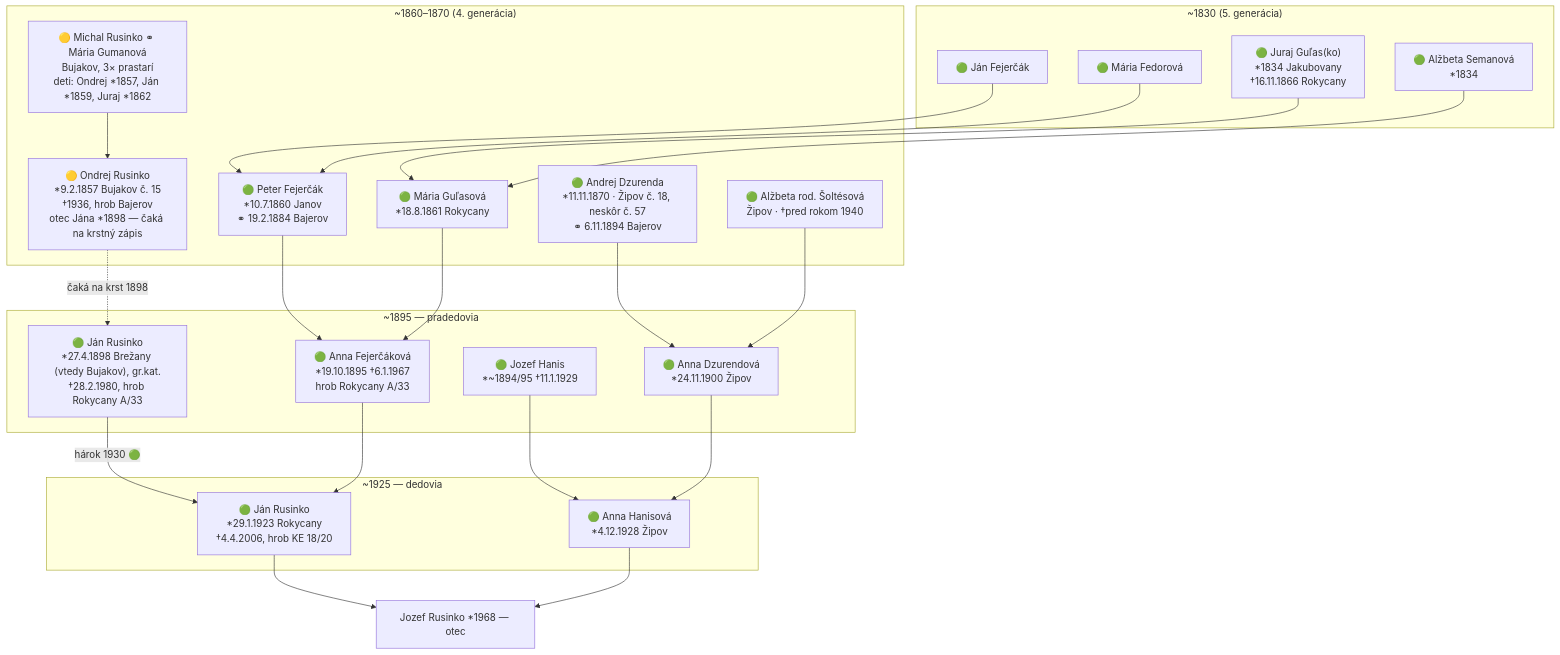
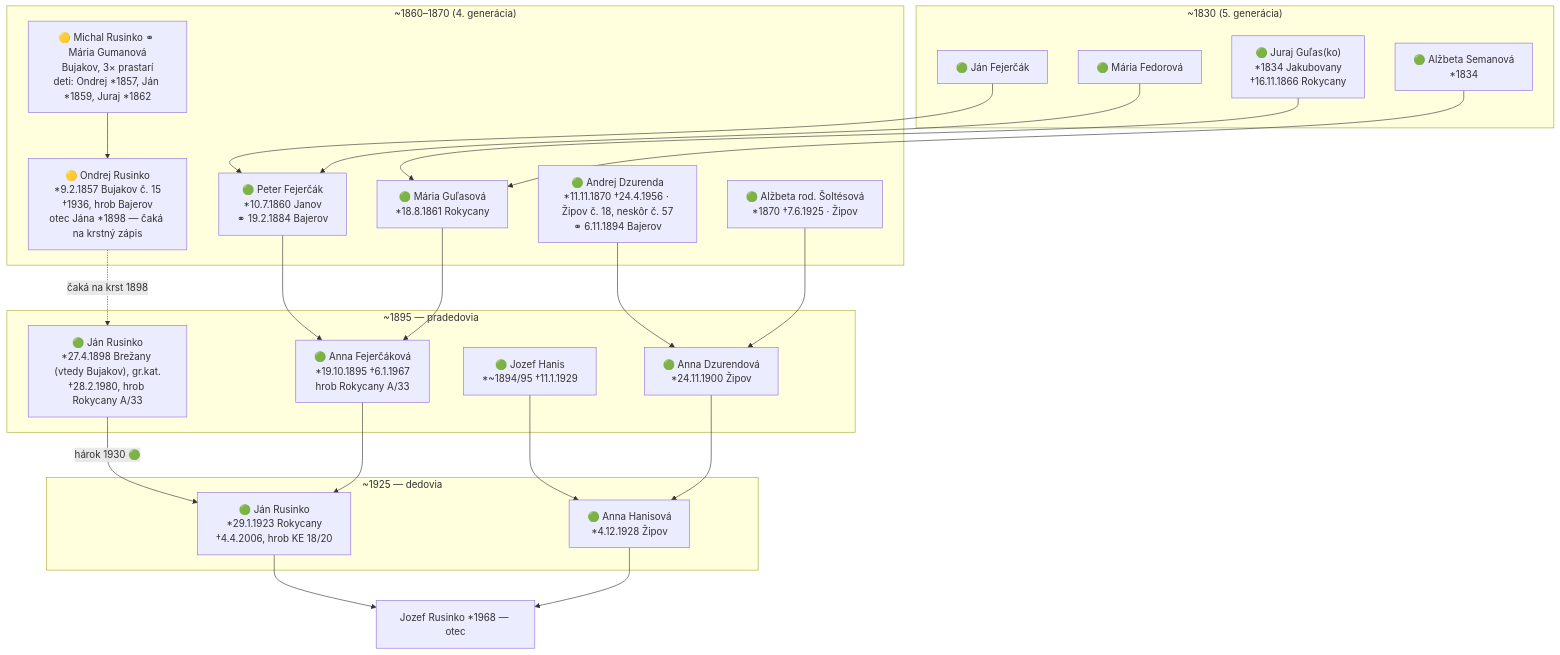
The first of 7 diagrams in docs/rodokmen.md (vrusi/genealogia), drawn with Mermaid before and after one commit. The commit also changed other lines of this file and 10 other files, not shown here.

````diff
--- a/docs/rodokmen.md
+++ b/docs/rodokmen.md
@@ -58,45 +58,45 @@
 ```mermaid
 graph TD
   subgraph gen5["~1830 (5. generácia)"]
     JG["🟢 Juraj Guľas(ko)<br>*1834 Jakubovany<br>†16.11.1866 Rokycany"]
     AS["🟢 Alžbeta Semanová<br>*1834"]
     JF["🟢 Ján Fejerčák"]
     MF["🟢 Mária Fedorová"]
   end
   subgraph gen4["~1860–1870 (4. generácia)"]
     PF["🟢 Peter Fejerčák<br>*10.7.1860 Janov<br>⚭ 19.2.1884 Bajerov"]
     MG["🟢 Mária Guľasová<br>*18.8.1861 Rokycany"]
     MRG["🟡 Michal Rusinko ⚭ Mária Gumanová<br>Bujakov, 3× prastarí<br>deti: Ondrej *1857, Ján *1859, Juraj *1862"]
     OR["🟡 Ondrej Rusinko<br>*9.2.1857 Bujakov č. 15<br>†1936, hrob Bajerov<br>otec Jána *1898 — čaká na krstný zápis"]
-    AD["🟢 Andrej Dzurenda<br>*11.11.1870 · Žipov č. 18, neskôr č. 57<br>⚭ 6.11.1894 Bajerov"]
-    ASol["🟢 Alžbeta rod. Šoltésová<br>Žipov · †pred rokom 1940"]
+    AD["🟢 Andrej Dzurenda<br>*11.11.1870 †24.4.1956 · Žipov č. 18, neskôr č. 57<br>⚭ 6.11.1894 Bajerov"]
+    ASol["🟢 Alžbeta rod. Šoltésová<br>*1870 †7.6.1925 · Žipov"]
     MRG --> OR
   end
   subgraph gen3["~1895 — pradedovia"]
     JR98["🟢 Ján Rusinko<br>*27.4.1898 Brežany (vtedy Bujakov), gr.kat.<br>†28.2.1980, hrob Rokycany A/33"]
     AF["🟢 Anna Fejerčáková<br>*19.10.1895 †6.1.1967<br>hrob Rokycany A/33"]
     HanO["🟢 Jozef Hanis<br>*~1894/95 †11.1.1929"]
     HanA["🟢 Anna Dzurendová<br>*24.11.1900 Žipov"]
   end
   subgraph gen2["~1925 — dedovia"]
     JR23["🟢 Ján Rusinko<br>*29.1.1923 Rokycany<br>†4.4.2006, hrob KE 18/20"]
     AH["🟢 Anna Hanisová<br>*4.12.1928 Žipov"]
   end
   JoR["Jozef Rusinko *1968 — otec"]
 
   JF --> PF
   MF --> PF
   JG --> MG
   AS --> MG
   OR -.->|čaká na krst 1898| JR98
   PF --> AF
   MG --> AF
   JR98 -->|hárok 1930 🟢| JR23
   AF --> JR23
   AD --> HanA
   ASol --> HanA
   HanO --> AH
   HanA --> AH
   JR23 --> JoR
   AH --> JoR
 ```
````
